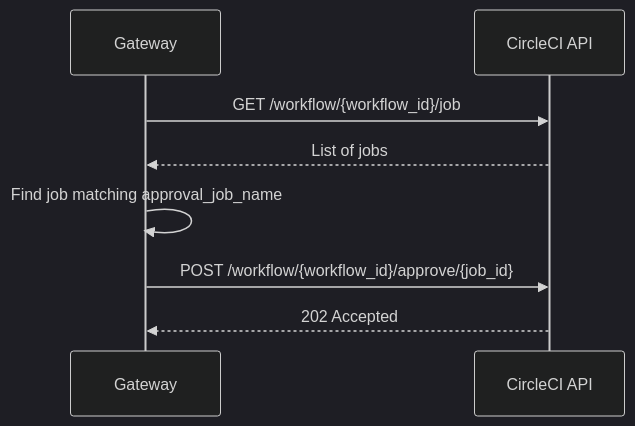
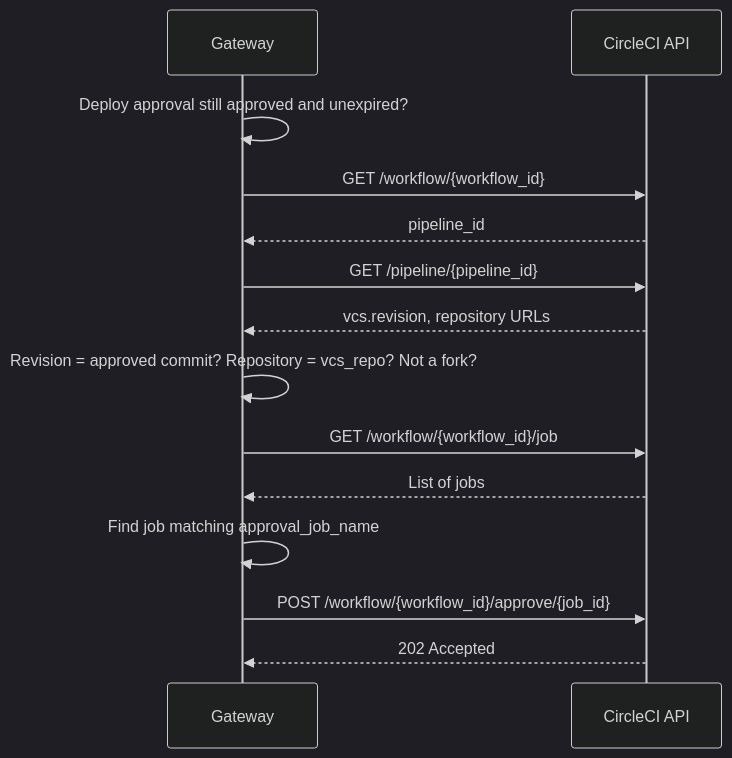
The second of 2 diagrams in docs/src/content/docs/integrations/deploy-approvals/circleci.mdx (DocSpring/rack-gateway), drawn with Mermaid (dark theme) before and after one commit. The commit also changed other lines of this file and 26 other files, not shown here.

First line of the commit message:
Review fixes for deploy approval binding

````diff
--- a/docs/src/content/docs/integrations/deploy-approvals/circleci.mdx
+++ b/docs/src/content/docs/integrations/deploy-approvals/circleci.mdx
@@ -239,11 +239,17 @@
 ```mermaid
 sequenceDiagram
     participant Gateway as Gateway
     participant CircleCI as CircleCI API
 
+    Gateway->>Gateway: Deploy approval still approved and unexpired?
+    Gateway->>CircleCI: GET /workflow/{workflow_id}
+    CircleCI-->>Gateway: pipeline_id
+    Gateway->>CircleCI: GET /pipeline/{pipeline_id}
+    CircleCI-->>Gateway: vcs.revision, repository URLs
+    Gateway->>Gateway: Revision = approved commit? Repository = vcs_repo? Not a fork?
     Gateway->>CircleCI: GET /workflow/{workflow_id}/job
     CircleCI-->>Gateway: List of jobs
     Gateway->>Gateway: Find job matching approval_job_name
     Gateway->>CircleCI: POST /workflow/{workflow_id}/approve/{job_id}
     CircleCI-->>Gateway: 202 Accepted
 ```
````
